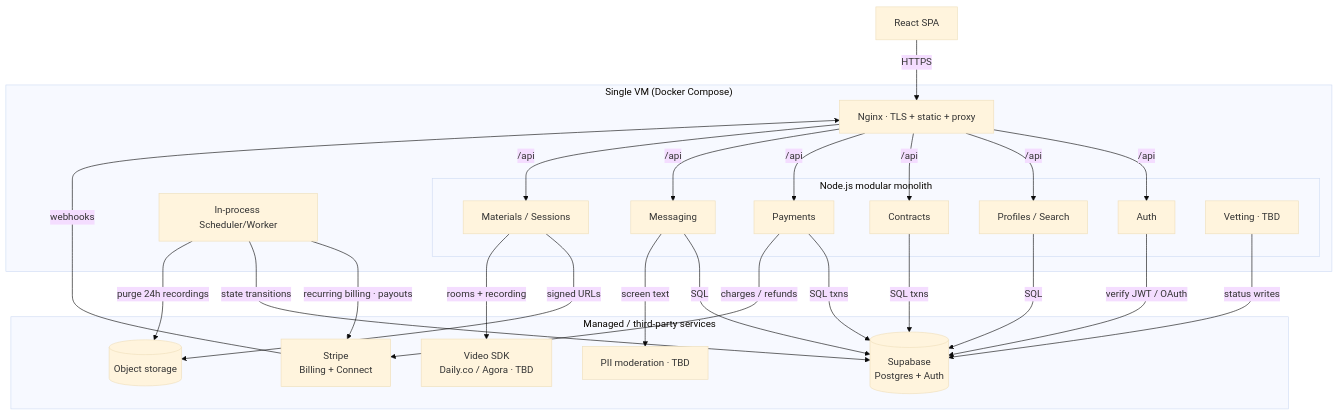
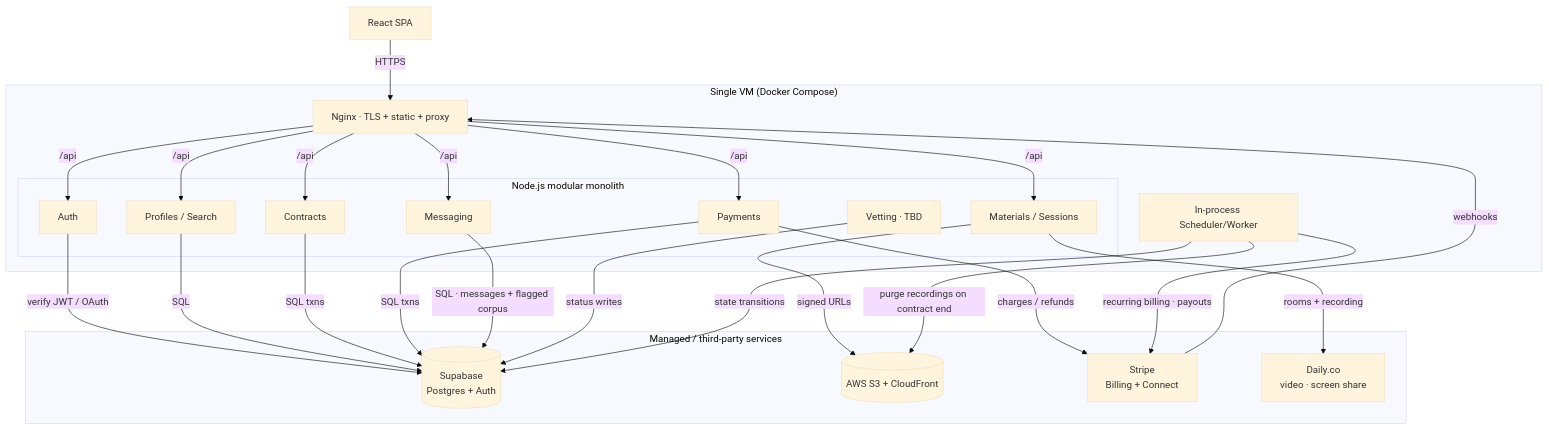
The first of 3 diagrams in nisbah-learning-design-doc.md (Vishnu373/nisbah-learning), drawn with Mermaid (base theme) before and after one commit. The commit also changed other lines of this file, not shown here.

````diff
--- a/nisbah-learning-design-doc.md
+++ b/nisbah-learning-design-doc.md
@@ -41,45 +41,43 @@
 ```mermaid
 graph TD
     Browser[React SPA]
 
     subgraph VM["Single VM (Docker Compose)"]
         Nginx[Nginx · TLS + static + proxy]
         subgraph App["Node.js modular monolith"]
             Auth[Auth]
             Profiles[Profiles / Search]
             Contracts[Contracts]
             Payments[Payments]
             Messaging[Messaging]
             Media[Materials / Sessions]
             Vetting[Vetting · TBD]
         end
         Worker[In-process Scheduler/Worker]
     end
 
     subgraph Ext["Managed / third-party services"]
         Supabase[(Supabase<br/>Postgres + Auth)]
-        ObjStore[(Object storage)]
+        ObjStore[(AWS S3 + CloudFront)]
         Stripe[Stripe<br/>Billing + Connect]
-        Video[Video SDK<br/>Daily.co / Agora · TBD]
-        PII[PII moderation · TBD]
+        Video[Daily.co<br/>video · screen share]
     end
 
     Browser -->|HTTPS| Nginx
     Nginx -->|/api| Auth & Profiles & Contracts & Payments & Messaging & Media
     Stripe -->|webhooks| Nginx
 
     Auth -->|verify JWT / OAuth| Supabase
     Profiles -->|SQL| Supabase
     Contracts -->|SQL txns| Supabase
     Payments -->|SQL txns| Supabase
     Payments -->|charges / refunds| Stripe
-    Messaging -->|SQL| Supabase
-    Messaging -->|screen text| PII
+    Messaging -->|SQL · messages + flagged corpus| Supabase
     Media -->|signed URLs| ObjStore
     Media -->|rooms + recording| Video
     Vetting -->|status writes| Supabase
 
     Worker -->|recurring billing · payouts| Stripe
     Worker -->|state transitions| Supabase
-    Worker -->|purge 24h recordings| ObjStore
+    Worker -->|purge recordings on contract end| ObjStore
 ```
````
